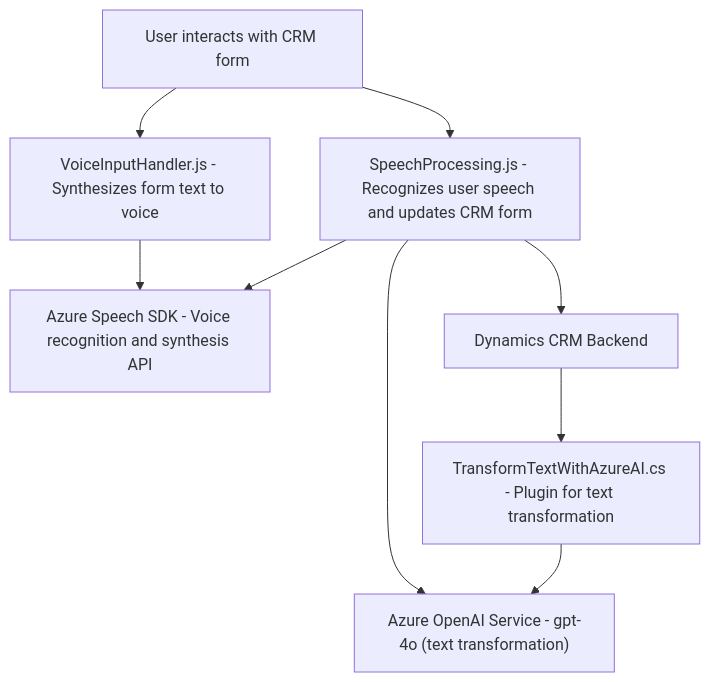
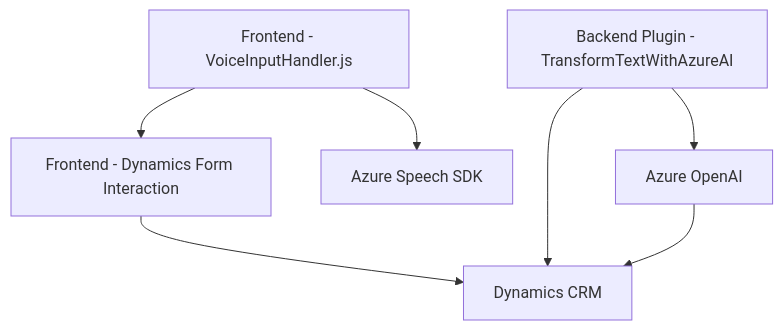
The diagram in README.md (blopezdm/NETCORE_BILBAO2025), drawn with Mermaid before and after one commit. The commit also changed other lines of this file, not shown here.

````diff
--- a/README.md
+++ b/README.md
@@ -52,20 +67,16 @@
 ```mermaid
 graph TD
-    A["User interacts with CRM form"]
-    B["VoiceInputHandler.js - Synthesizes form text to voice"]
-    C["SpeechProcessing.js - Recognizes user speech and updates CRM form"]
-    D["Azure Speech SDK - Voice recognition and synthesis API"]
-    E["Dynamics CRM Backend"]
-    F["TransformTextWithAzureAI.cs - Plugin for text transformation"]
-    G["Azure OpenAI Service - gpt-4o (text transformation)"]
+    A["Frontend - VoiceInputHandler.js"]
+    B["Frontend - Dynamics Form Interaction"]
+    C["Backend Plugin - TransformTextWithAzureAI"]
+    D["Azure Speech SDK"]
+    E["Azure OpenAI"]
+    F["Dynamics CRM"]
 
     A --> B
-    A --> C
-    B --> D
-    C --> D
+    A --> D
+    B --> F
     C --> E
-    C --> G
+    C --> F
     E --> F
-    F --> G
-
 ```
````
